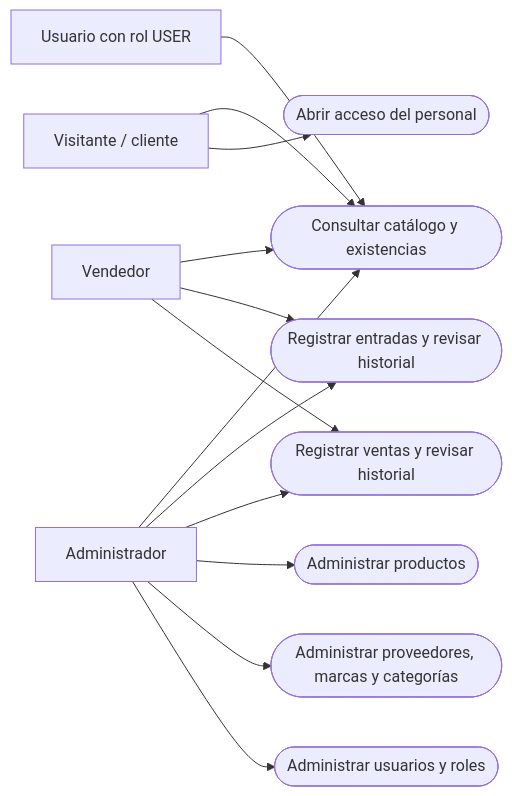
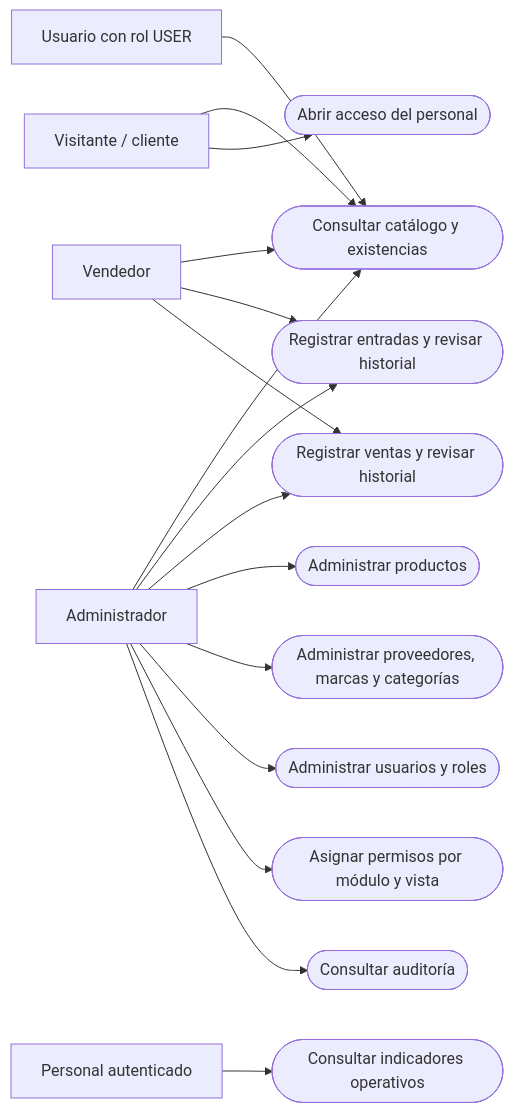
Before and after one commit to luisgonzalez114a-lgtm/safari: the second of 4 diagrams in INSTRUCTIVO_SAFARI.md, drawn with Mermaid. The commit also changed other lines of this file and 66 other files, not shown here.

````diff
--- a/INSTRUCTIVO_SAFARI.md
+++ b/INSTRUCTIVO_SAFARI.md
@@ -65,15 +94,18 @@
 ```mermaid
 flowchart LR
     visitante["Visitante / cliente"] --> catalogo(["Consultar catálogo y existencias"])
     visitante --> acceso(["Abrir acceso del personal"])
     usuario["Usuario con rol USER"] --> catalogo
     vendedor["Vendedor"] --> catalogo
     vendedor --> entradas(["Registrar entradas y revisar historial"])
     vendedor --> ventas(["Registrar ventas y revisar historial"])
     admin["Administrador"] --> catalogo
     admin --> entradas
     admin --> ventas
     admin --> inventario(["Administrar productos"])
     admin --> catalogos(["Administrar proveedores, marcas y categorías"])
     admin --> cuentas(["Administrar usuarios y roles"])
+    admin --> permisos(["Asignar permisos por módulo y vista"])
+    admin --> auditoria(["Consultar auditoría"])
+    personal["Personal autenticado"] --> dashboard(["Consultar indicadores operativos"])
 ```
````
